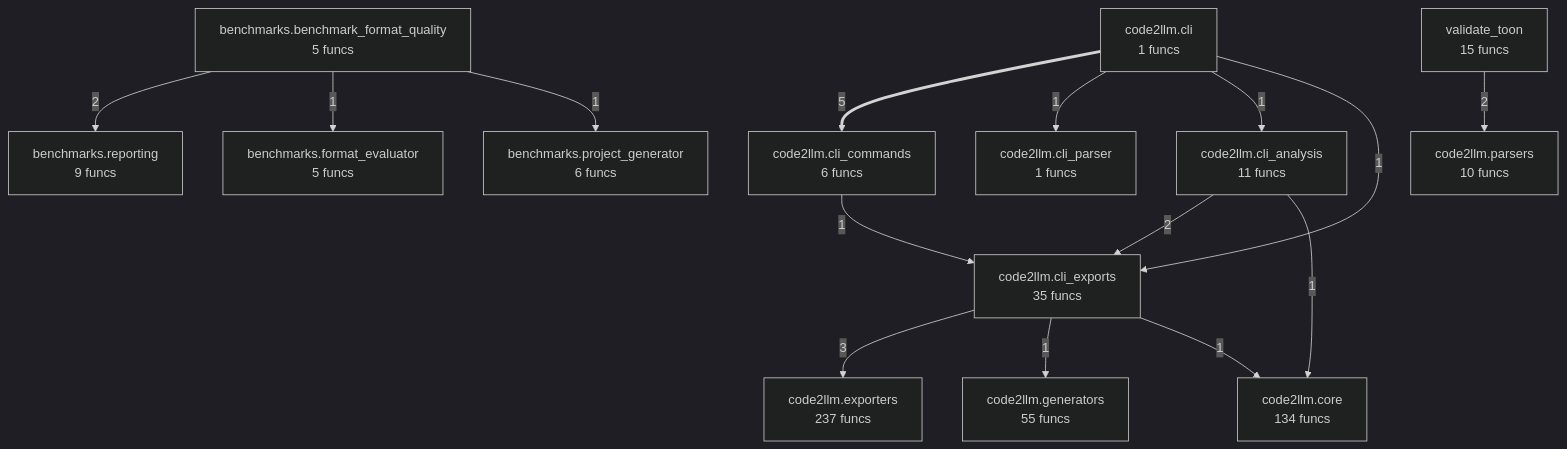
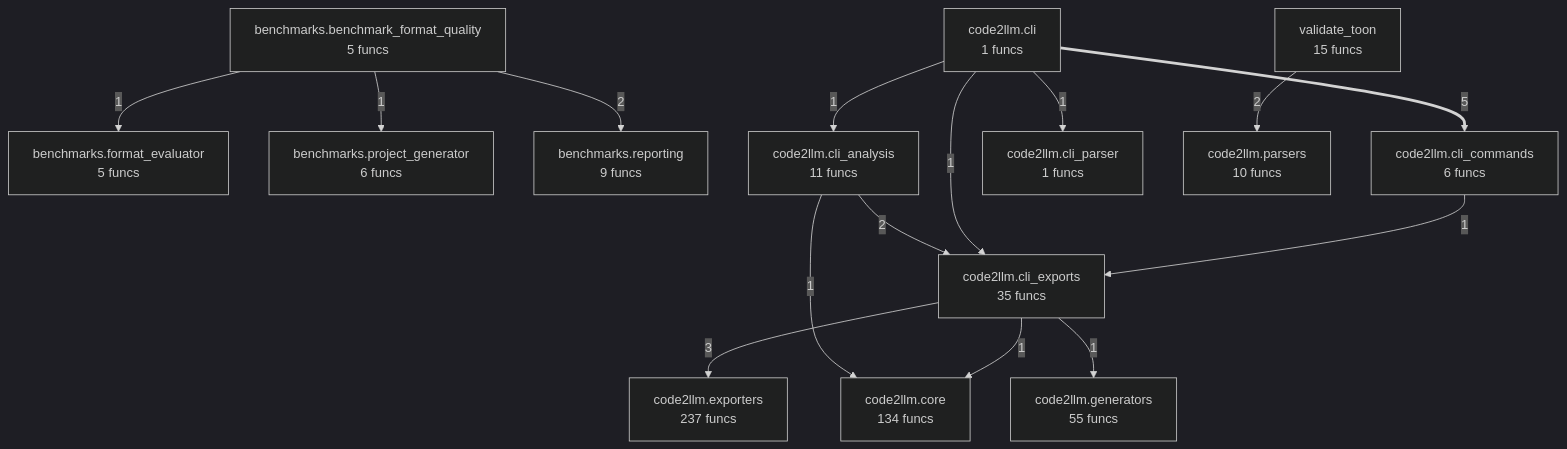
The diagram in project/compact_flow.mmd (wronai/code2flow), drawn with Mermaid (dark theme) before and after one commit. The commit also changed other lines of this file and 38 other files, not shown here.

```diff
--- a/project/compact_flow.mmd
+++ b/project/compact_flow.mmd
@@ -1,29 +1,29 @@
 flowchart TD
     benchmarks_benchmark_format_quality["benchmarks.benchmark_format_quality<br/>5 funcs"]
     benchmarks_format_evaluator["benchmarks.format_evaluator<br/>5 funcs"]
     benchmarks_project_generator["benchmarks.project_generator<br/>6 funcs"]
     benchmarks_reporting["benchmarks.reporting<br/>9 funcs"]
     code2llm_cli["code2llm.cli<br/>1 funcs"]
     code2llm_cli_analysis["code2llm.cli_analysis<br/>11 funcs"]
     code2llm_cli_commands["code2llm.cli_commands<br/>6 funcs"]
     code2llm_cli_exports["code2llm.cli_exports<br/>35 funcs"]
     code2llm_cli_parser["code2llm.cli_parser<br/>1 funcs"]
     code2llm_core["code2llm.core<br/>134 funcs"]
     code2llm_exporters["code2llm.exporters<br/>237 funcs"]
     code2llm_generators["code2llm.generators<br/>55 funcs"]
     code2llm_parsers["code2llm.parsers<br/>10 funcs"]
     validate_toon["validate_toon<br/>15 funcs"]
     code2llm_cli ==>|5| code2llm_cli_commands
     code2llm_cli_exports -->|3| code2llm_exporters
     validate_toon -->|2| code2llm_parsers
     code2llm_cli_analysis -->|2| code2llm_cli_exports
     benchmarks_benchmark_format_quality -->|2| benchmarks_reporting
     code2llm_cli -->|1| code2llm_cli_parser
     code2llm_cli -->|1| code2llm_cli_analysis
     code2llm_cli -->|1| code2llm_cli_exports
     code2llm_cli_analysis -->|1| code2llm_core
     code2llm_cli_commands -->|1| code2llm_cli_exports
     benchmarks_benchmark_format_quality -->|1| benchmarks_format_evaluator
     benchmarks_benchmark_format_quality -->|1| benchmarks_project_generator
+    code2llm_cli_exports -->|1| code2llm_core
     code2llm_cli_exports -->|1| code2llm_generators
-    code2llm_cli_exports -->|1| code2llm_core
```
